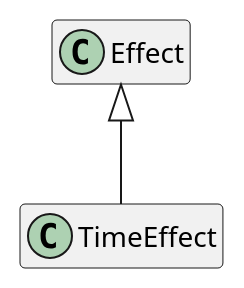
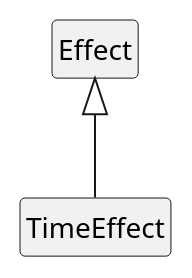
Diagram 13 of 34 in src/main/md/otio-core.md (sandflow/otio-core-specification), drawn with PlantUML before and after one commit. The commit also changed other lines of this file, not shown here.

Commit message:
Improve class diagrams and document conventions (#13)

````diff
--- a/src/main/md/otio-core.md
+++ b/src/main/md/otio-core.md
@@ -674,13 +743,12 @@
 ```puml
 @startuml
 hide empty members
+hide circle
 skinparam classAttributeIconSize 0
 
 class TimeEffect
-
-class Effect
 
 Effect <|-- TimeEffect
 
 @enduml
 ```
````
